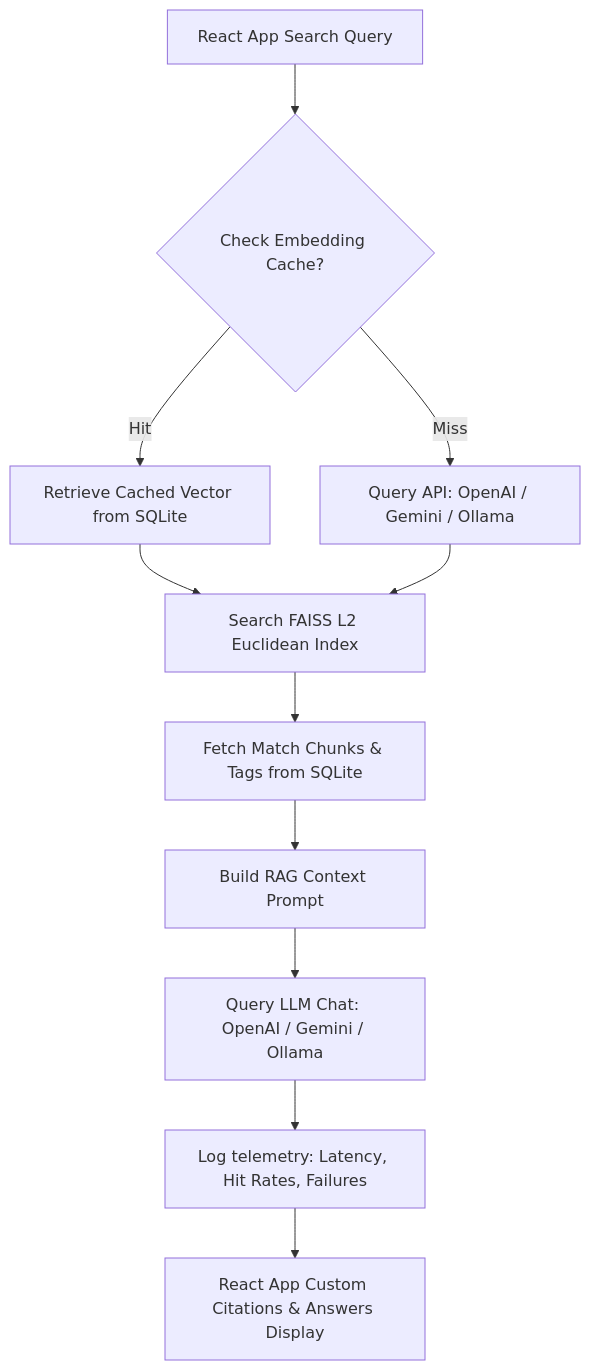
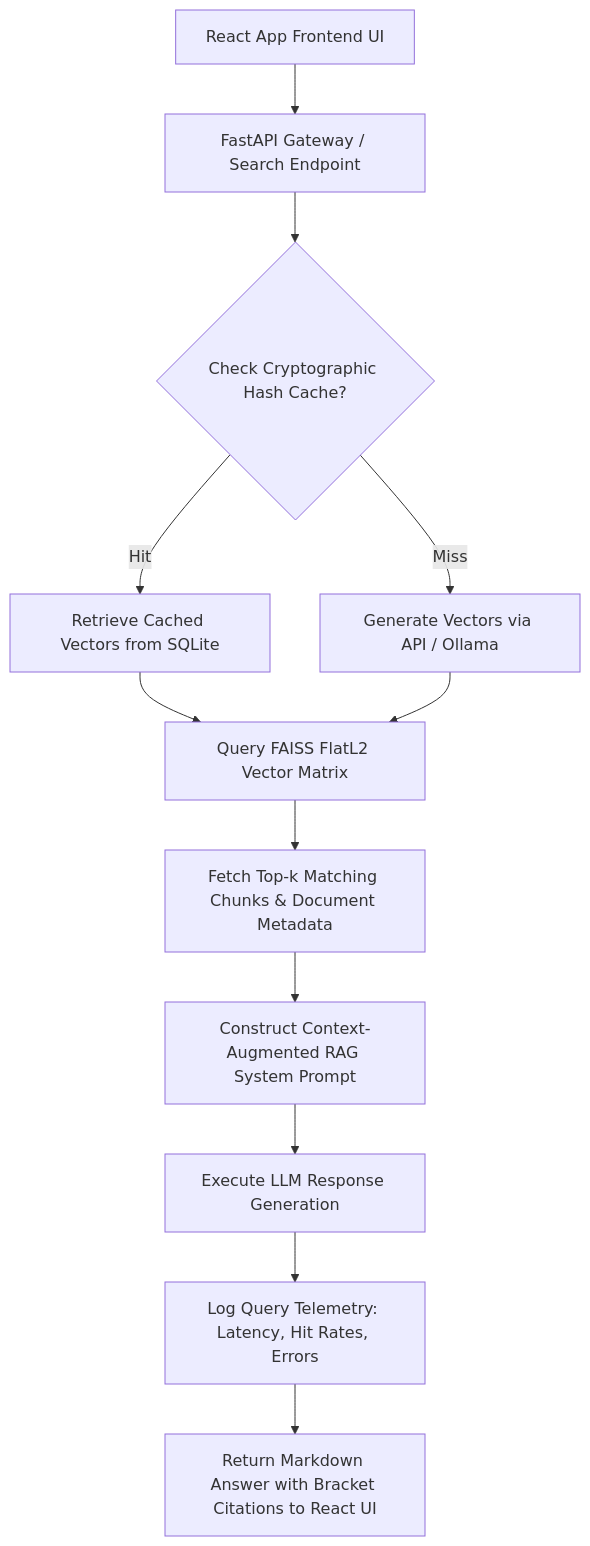
One commit to sahmedhusain/omni-knowledge changed the first of 2 diagrams in README.md. Above: the diagram before and after it, drawn with Mermaid. The commit also changed other lines of this file and 3 other files, not shown here.

````diff
--- a/README.md
+++ b/README.md
@@ -71,13 +49,16 @@
 ```mermaid
-flowchart TD
-    A[React App Search Query] --> B{Check Embedding Cache?}
-    B -->|Hit| C[Retrieve Cached Vector from SQLite]
-    B -->|Miss| D[Query API: OpenAI / Gemini / Ollama]
-    C --> E[Search FAISS L2 Euclidean Index]
-    D --> E
-    E --> F[Fetch Match Chunks & Tags from SQLite]
-    F --> G[Build RAG Context Prompt]
-    G --> H[Query LLM Chat: OpenAI / Gemini / Ollama]
-    H --> I[Log telemetry: Latency, Hit Rates, Failures]
-    I --> J[React App Custom Citations & Answers Display]
+graph TD
+    A[React App Frontend UI] --> B[FastAPI Gateway / Search Endpoint]
+    B --> C{Check Cryptographic Hash Cache?}
+    
+    C -- Hit --> D[Retrieve Cached Vectors from SQLite]
+    C -- Miss --> E[Generate Vectors via API / Ollama]
+    
+    D & E --> F[Query FAISS FlatL2 Vector Matrix]
+    F --> G[Fetch Top-k Matching Chunks & Document Metadata]
+    G --> H[Construct Context-Augmented RAG System Prompt]
+    H --> I[Execute LLM Response Generation]
+    
+    I --> J[Log Query Telemetry: Latency, Hit Rates, Errors]
+    J --> K[Return Markdown Answer with Bracket Citations to React UI]
 ```
````
